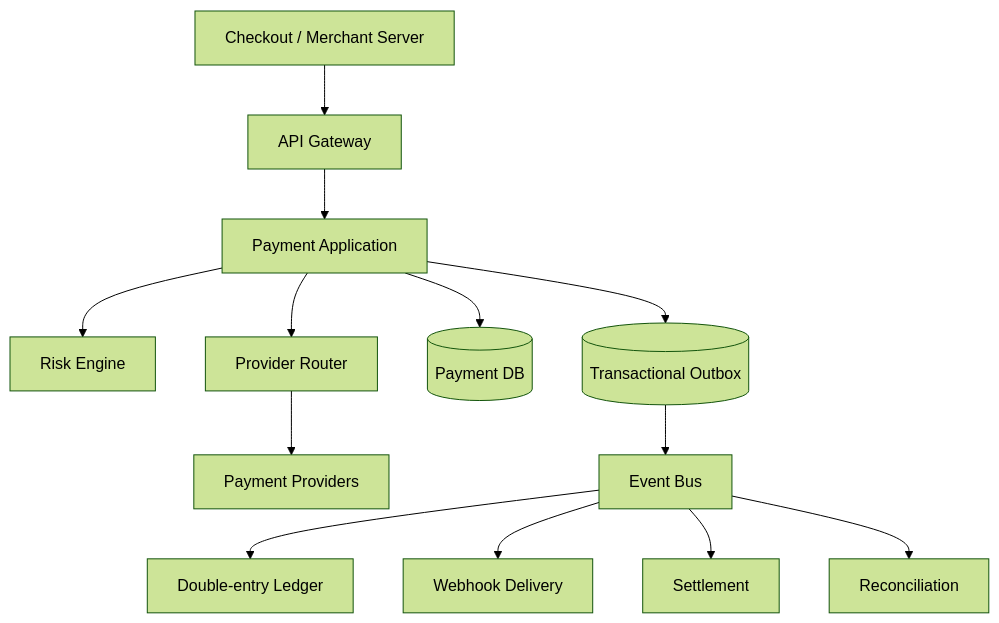
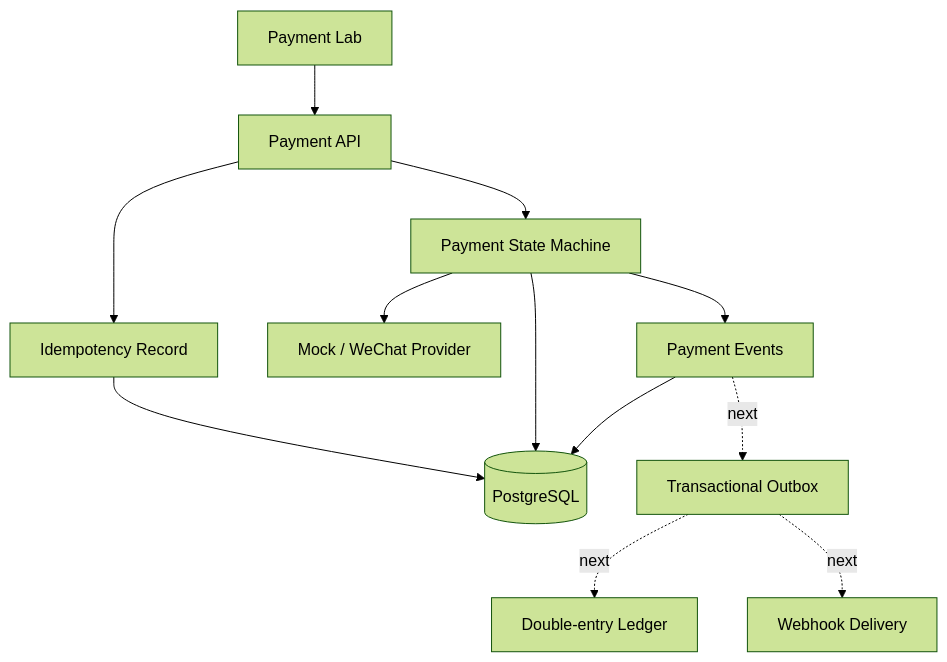
The first of 2 diagrams in README.md (Xin898/WechatPayment), drawn with Mermaid (forest theme) before and after one commit. The commit also changed other lines of this file and 24 other files, not shown here.

Commit message:
feat: add interactive payment lab and persistence

````diff
--- a/README.md
+++ b/README.md
@@ -23,15 +29,14 @@
-```mermaid
+~~~mermaid
 flowchart TD
-    Client["Checkout / Merchant Server"] --> Gateway["API Gateway"]
-    Gateway --> Payment["Payment Application"]
-    Payment --> Risk["Risk Engine"]
-    Payment --> Router["Provider Router"]
-    Router --> Provider["Payment Providers"]
-    Payment --> DB[("Payment DB")]
-    Payment --> Outbox[("Transactional Outbox")]
-    Outbox --> Bus["Event Bus"]
-    Bus --> Ledger["Double-entry Ledger"]
-    Bus --> Webhook["Webhook Delivery"]
-    Bus --> Settlement["Settlement"]
-    Bus --> Reconciliation["Reconciliation"]
-```
+    Browser["Payment Lab"] --> API["Payment API"]
+    API --> Idempotency["Idempotency Record"]
+    API --> Payment["Payment State Machine"]
+    Payment --> Provider["Mock / WeChat Provider"]
+    Payment --> Events["Payment Events"]
+    Idempotency --> DB[("PostgreSQL")]
+    Payment --> DB
+    Events --> DB
+    Events -. next .-> Outbox["Transactional Outbox"]
+    Outbox -. next .-> Ledger["Double-entry Ledger"]
+    Outbox -. next .-> Webhook["Webhook Delivery"]
+~~~
````
